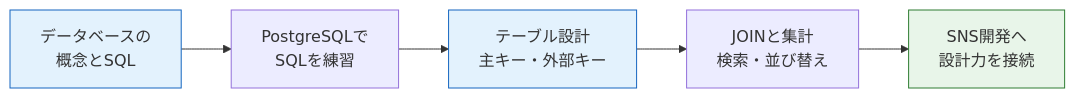
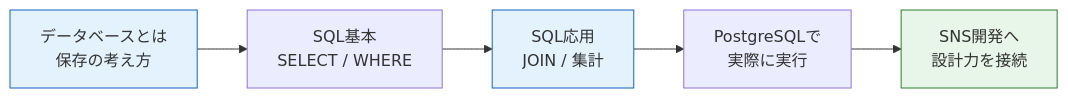
The diagram in cloudflare-site/src/content/docs/database/index.md (dik-ab/school-curriculum-platform), drawn with Mermaid before and after one commit. The commit also changed other lines of this file, not shown here.

````diff
--- a/cloudflare-site/src/content/docs/database/index.md
+++ b/cloudflare-site/src/content/docs/database/index.md
@@ -24,10 +24,10 @@
 ```mermaid
 flowchart LR
-    A["データベースの<br>概念とSQL"] --> B["PostgreSQLで<br>SQLを練習"]
-    B --> C["テーブル設計<br>主キー・外部キー"]
-    C --> D["JOINと集計<br>検索・並び替え"]
+    A["データベースとは<br>保存の考え方"] --> B["SQL基本<br>SELECT / WHERE"]
+    B --> C["SQL応用<br>JOIN / 集計"]
+    C --> D["PostgreSQLで<br>実際に実行"]
     D --> E["SNS開発へ<br>設計力を接続"]
     style A fill:#e3f2fd,stroke:#1565c0
     style C fill:#e3f2fd,stroke:#1565c0
     style E fill:#e8f5e9,stroke:#2e7d32
 ```
````
